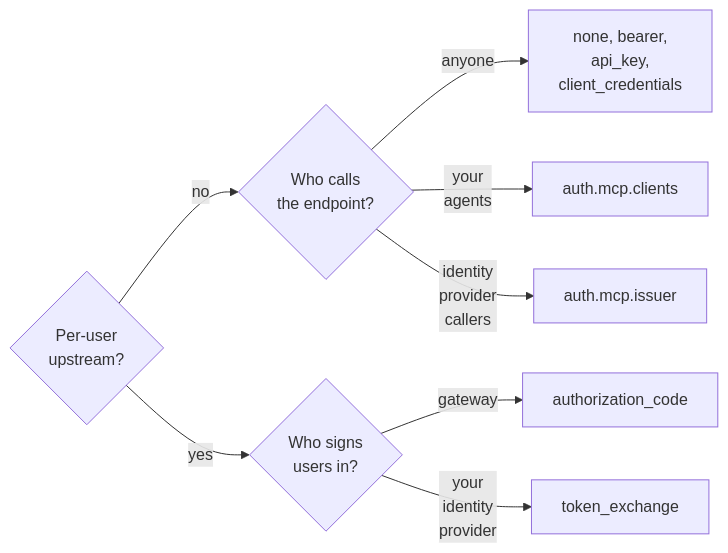
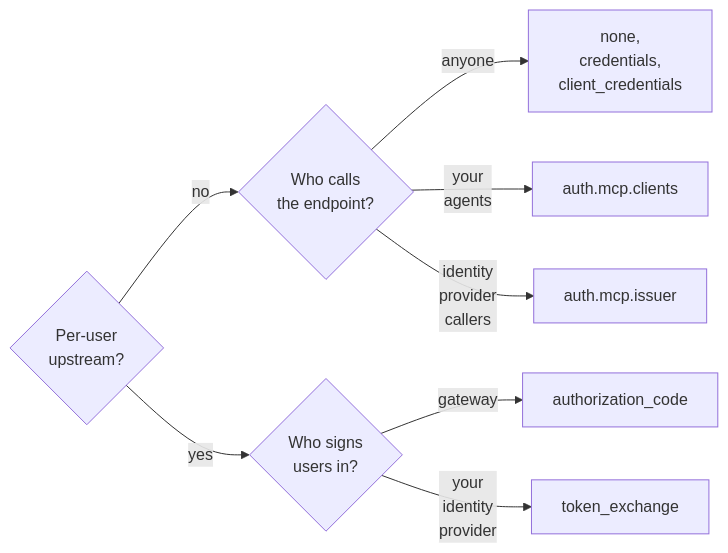
One commit to mroops0111/openapi-mcp-gateway changed the diagram in docs/guides/authorization.md. Above: the diagram before and after it, drawn with Mermaid. The commit also changed other lines of this file and 208 other files, not shown here.

````diff
--- a/docs/guides/authorization.md
+++ b/docs/guides/authorization.md
@@ -29,11 +29,11 @@
 ```mermaid
 flowchart LR
     Start{"Per-user<br>upstream?"}
     Start -->|"no"| Shared{"Who calls<br>the endpoint?"}
-    Shared -->|"anyone"| Open["none, bearer,<br>api_key,<br>client_credentials"]
+    Shared -->|"anyone"| Open["none,<br>credentials,<br>client_credentials"]
     Shared -->|"your<br>agents"| Clients["auth.mcp.clients"]
     Shared -->|"identity<br>provider<br>callers"| Issuer["auth.mcp.issuer"]
     Start -->|"yes"| PerUser{"Who signs<br>users in?"}
     PerUser -->|"gateway"| Code["authorization_code"]
     PerUser -->|"your<br>identity<br>provider"| Exchange["token_exchange"]
 ```
````
